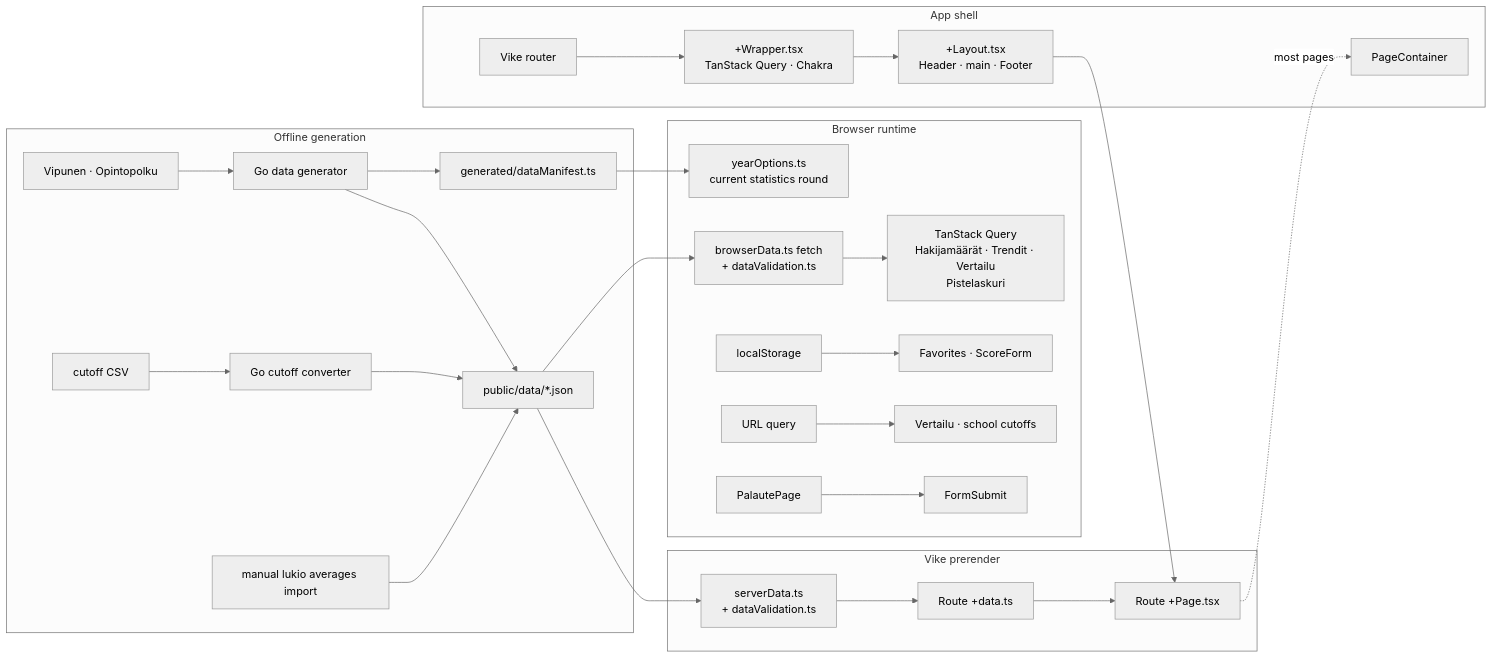
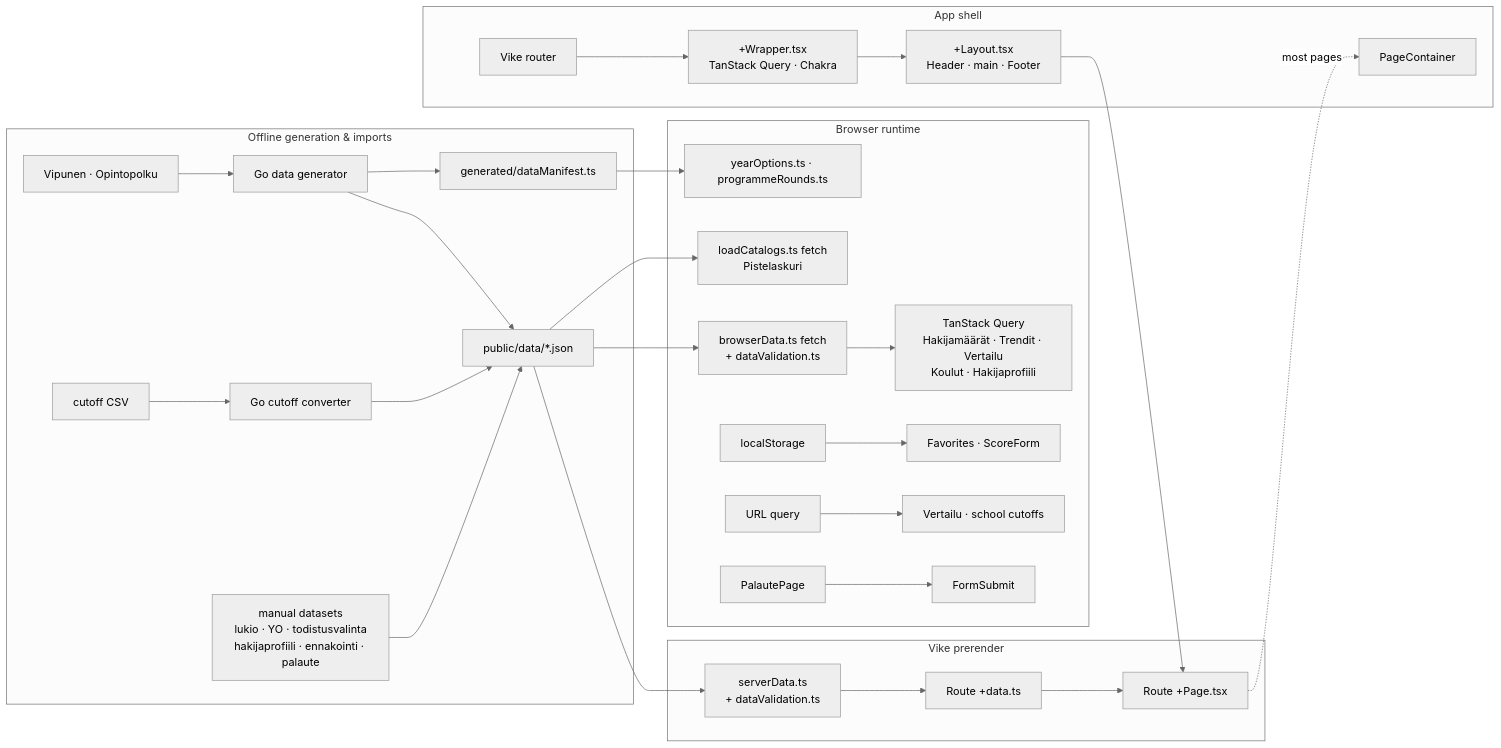
One commit to miko-kortelainen/koulutus-info changed the first of 2 diagrams in frontend/README.md. Above: the diagram before and after it, drawn with Mermaid (neutral theme). The commit also changed other lines of this file and 2 other files, not shown here.

````diff
--- a/frontend/README.md
+++ b/frontend/README.md
@@ -50,32 +59,33 @@
 ```mermaid
 flowchart LR
-  subgraph generation["Offline generation"]
+  subgraph generation["Offline generation & imports"]
     sources["Vipunen · Opintopolku"] --> generator["Go data generator"]
     generator --> json["public/data/*.json"]
     generator --> manifest["generated/dataManifest.ts"]
     cutoffCsv["cutoff CSV"] --> cutoffConverter["Go cutoff converter"] --> json
-    lukioImport["manual lukio averages import"] --> json
+    staticImports["manual datasets<br/>lukio · YO · todistusvalinta<br/>hakijaprofiili · ennakointi · palaute"] --> json
   end
 
   subgraph prerender["Vike prerender"]
     json --> serverData["serverData.ts<br/>+ dataValidation.ts"]
     serverData --> dataFunctions["Route +data.ts"]
     dataFunctions --> routePage["Route +Page.tsx"]
   end
 
   subgraph shell["App shell"]
     router["Vike router"] --> wrapper["+Wrapper.tsx<br/>TanStack Query · Chakra"]
     wrapper --> layout["+Layout.tsx<br/>Header · main · Footer"]
     layout --> routePage
     routePage -. most pages .-> container["PageContainer"]
   end
 
   subgraph runtime["Browser runtime"]
     json --> clientApi["browserData.ts fetch<br/>+ dataValidation.ts"]
-    clientApi --> queries["TanStack Query<br/>Hakijamäärät · Trendit · Vertailu<br/>Pistelaskuri"]
-    manifest --> yearOptions["yearOptions.ts<br/>current statistics round"]
+    clientApi --> queries["TanStack Query<br/>Hakijamäärät · Trendit · Vertailu<br/>Koulut · Hakijaprofiili"]
+    json --> calcCatalogs["loadCatalogs.ts fetch<br/>Pistelaskuri"]
+    manifest --> yearOptions["yearOptions.ts · programmeRounds.ts"]
     localStorage["localStorage"] --> persisted["Favorites · ScoreForm"]
     urlState["URL query"] --> urlPages["Vertailu · school cutoffs"]
     feedback["PalautePage"] --> formSubmit["FormSubmit"]
   end
 ```
````
